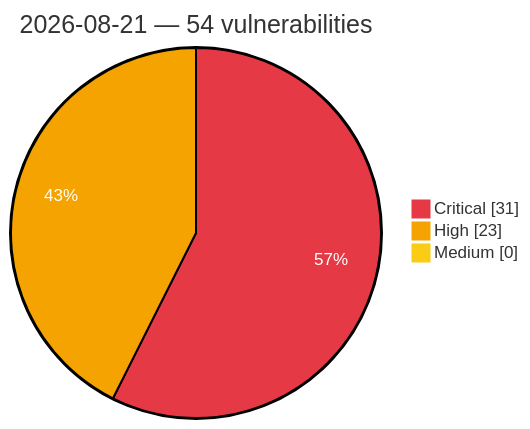
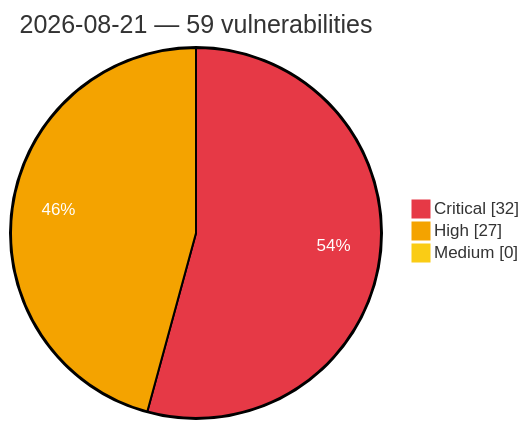
The diagram in vulnerabilities/2026/August/2026-08-21.md (GhostX0X/vuln-tracker), drawn with Mermaid before and after one commit. The commit also changed other lines of this file and 5 other files, not shown here.

Commit message:
Auto update: critical/high vulns (2026-08-21 20:51 UTC)

````diff
--- a/vulnerabilities/2026/August/2026-08-21.md
+++ b/vulnerabilities/2026/August/2026-08-21.md
@@ -3,8 +3,8 @@
 ```mermaid
 %%{init: {'theme':'base', 'themeVariables': {'pie1':'#e63946', 'pie2':'#f4a300', 'pie3':'#facc15', 'pieOpacity':'1', 'pieOuterStrokeWidth':'2px', 'pieSectionTextColor':'#ffffff'}}}%%
 pie showData
-    title 2026-08-21 — 54 vulnerabilities
-    "Critical" : 31
-    "High" : 23
+    title 2026-08-21 — 59 vulnerabilities
+    "Critical" : 32
+    "High" : 27
     "Medium" : 0
 ```
````
